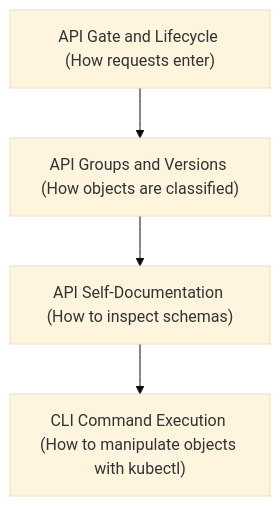
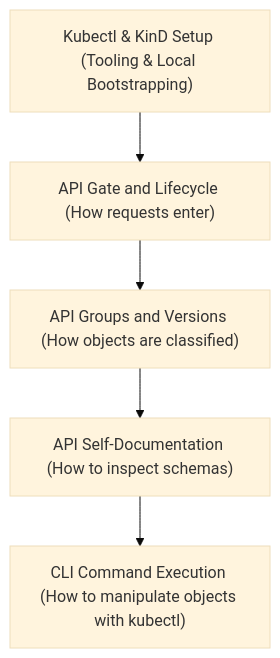
Before and after one commit to kmashour/BrainDump: the diagram in Reference Notes/0-1_kube_api_and_kubectl.md, drawn with Mermaid (base theme). The commit also changed other lines of this file and 59 other files, not shown here.

````diff
--- a/Reference Notes/0-1_kube_api_and_kubectl.md
+++ b/Reference Notes/0-1_kube_api_and_kubectl.md
@@ -11,6 +11,7 @@
 ```mermaid
 graph TD
-    A["API Gate and Lifecycle (How requests enter)"] --> B["API Groups and Versions (How objects are classified)"]
-    B --> C["API Self-Documentation (How to inspect schemas)"]
-    C --> D["CLI Command Execution (How to manipulate objects with kubectl)"]
+    A["Kubectl & KinD Setup (Tooling & Local Bootstrapping)"] --> B["API Gate and Lifecycle (How requests enter)"]
+    B --> C["API Groups and Versions (How objects are classified)"]
+    C --> D["API Self-Documentation (How to inspect schemas)"]
+    D --> E["CLI Command Execution (How to manipulate objects with kubectl)"]
 ```
````
